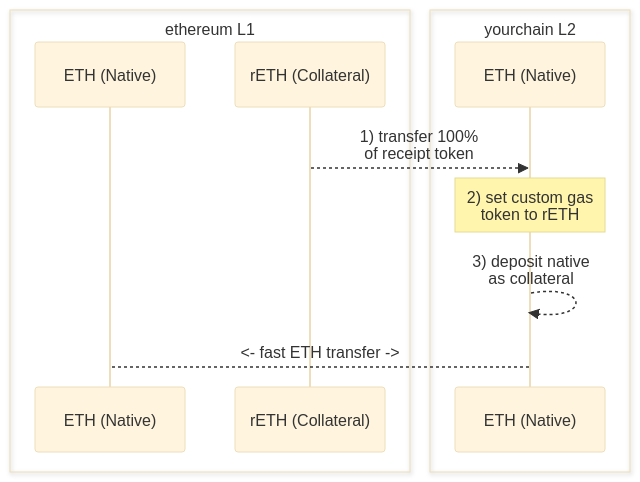
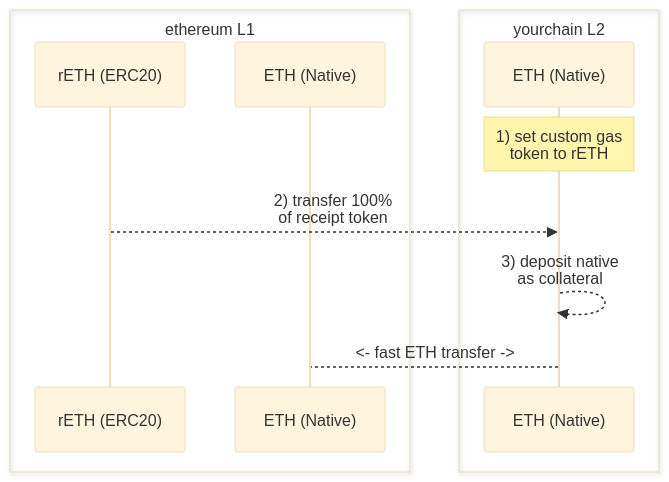
The diagram in docs/protocol/warp-routes/warp-routes-custom-gas-fast-native.mdx (hyperlane-xyz/v3-docs), drawn with Mermaid (base theme) before and after one commit. The commit also changed other lines of this file, not shown here.

````diff
--- a/docs/protocol/warp-routes/warp-routes-custom-gas-fast-native.mdx
+++ b/docs/protocol/warp-routes/warp-routes-custom-gas-fast-native.mdx
@@ -61,15 +74,15 @@
-    ```mermaid
-    sequenceDiagram
-    		box ethereum L1
-    			participant ETH as ETH (Native)
-    	    participant rETH_C as rETH (Collateral)
-        end
-    		box yourchain L2
-    	    participant yETH_N as ETH (Native)
-        end
+```mermaid
+sequenceDiagram
+		box ethereum L1
+	    participant rETH as rETH (ERC20)
+			participant ETH as ETH (Native)
+    end
+		box yourchain L2
+	    participant yETH as ETH (Native)
+    end
 
-        rETH_C-->>yETH_N: 1) transfer 100%<br>of receipt token
-        Note over yETH_N: 2) set custom gas<br>token to rETH
-        yETH_N-->>yETH_N: 3) deposit native<br>as collateral
-        yETH_N-->ETH: <- fast ETH transfer ->
-    ```
+    Note over yETH: 1) set custom gas<br>token to rETH
+    rETH-->>yETH: 2) transfer 100%<br>of receipt token
+    yETH-->>yETH: 3) deposit native<br>as collateral
+    yETH-->ETH: <- fast ETH transfer ->
+```
````
